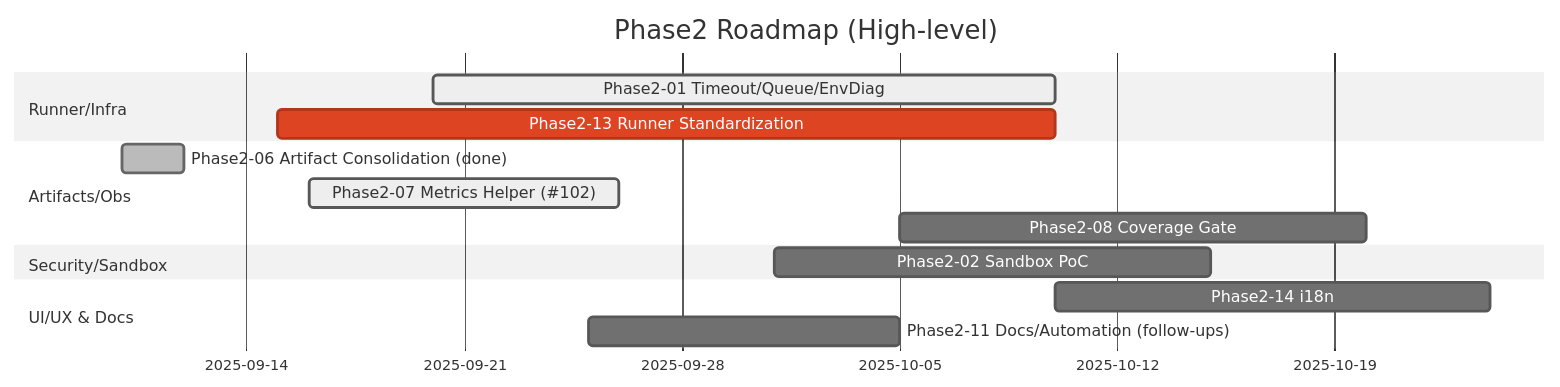
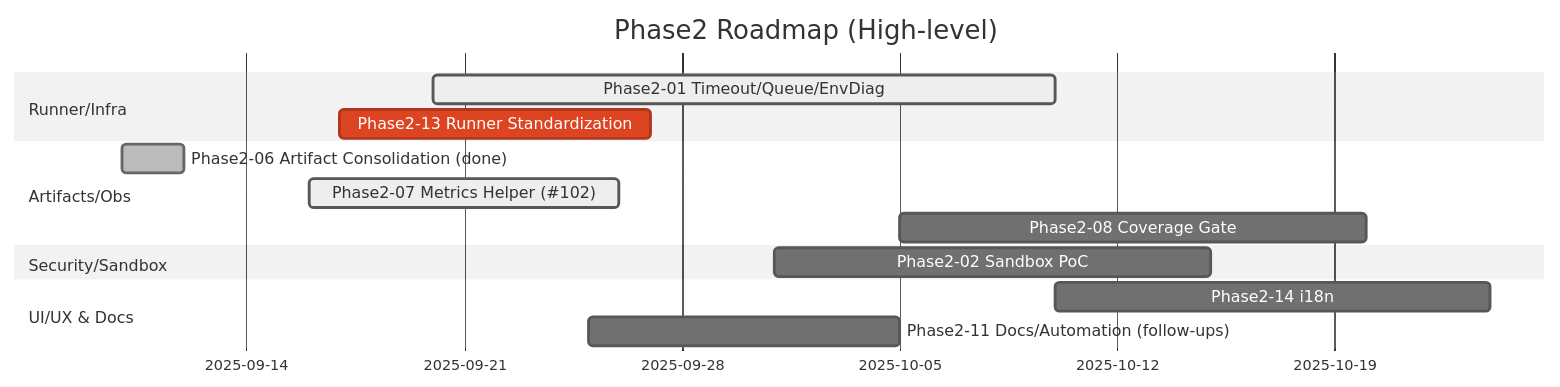
One commit to Nobukins/2bykilt changed the second of 3 diagrams in docs/roadmap/ROADMAP.md. Above: the diagram before and after it, drawn with Mermaid (neutral theme). The commit also changed other lines of this file and 4 other files, not shown here.

````diff
--- a/docs/roadmap/ROADMAP.md
+++ b/docs/roadmap/ROADMAP.md
@@ -232,17 +233,17 @@
 ```mermaid
 gantt
     title Phase2 Roadmap (High-level)
     dateFormat  YYYY-MM-DD
     section Runner/Infra
     Phase2-01 Timeout/Queue/EnvDiag         :active, 2025-09-20, 20d
-    Phase2-13 Runner Standardization        :crit, 2025-09-15, 25d
+    Phase2-13 Runner Standardization        :crit, 2025-09-17, 10d
     section Artifacts/Obs
     Phase2-06 Artifact Consolidation (done) :done, 2025-09-10, 2d
     Phase2-07 Metrics Helper (#102)         :active, 2025-09-16, 10d
     Phase2-08 Coverage Gate                  :2025-10-05, 15d
     section Security/Sandbox
     Phase2-02 Sandbox PoC                    :2025-10-01, 14d
     section UI/UX & Docs
     Phase2-14 i18n                           :2025-10-10, 14d
     Phase2-11 Docs/Automation (follow-ups)   :2025-09-25, 10d
 ```
````
